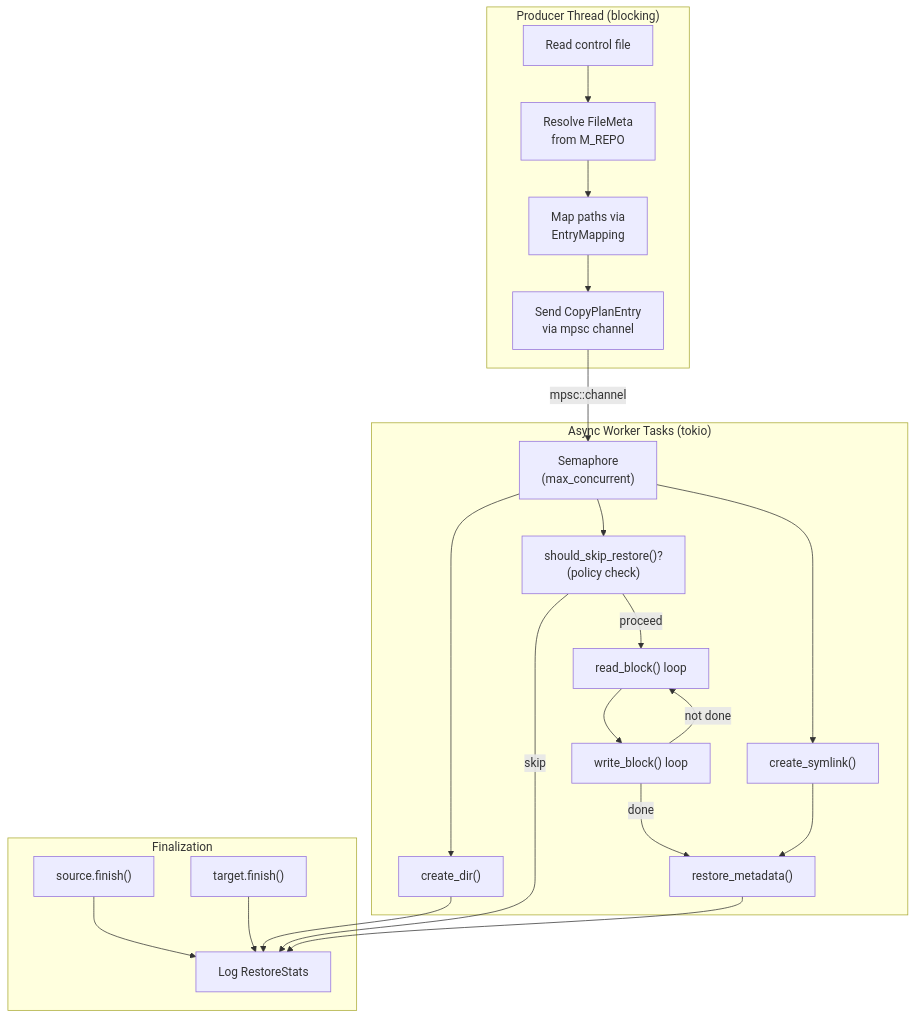
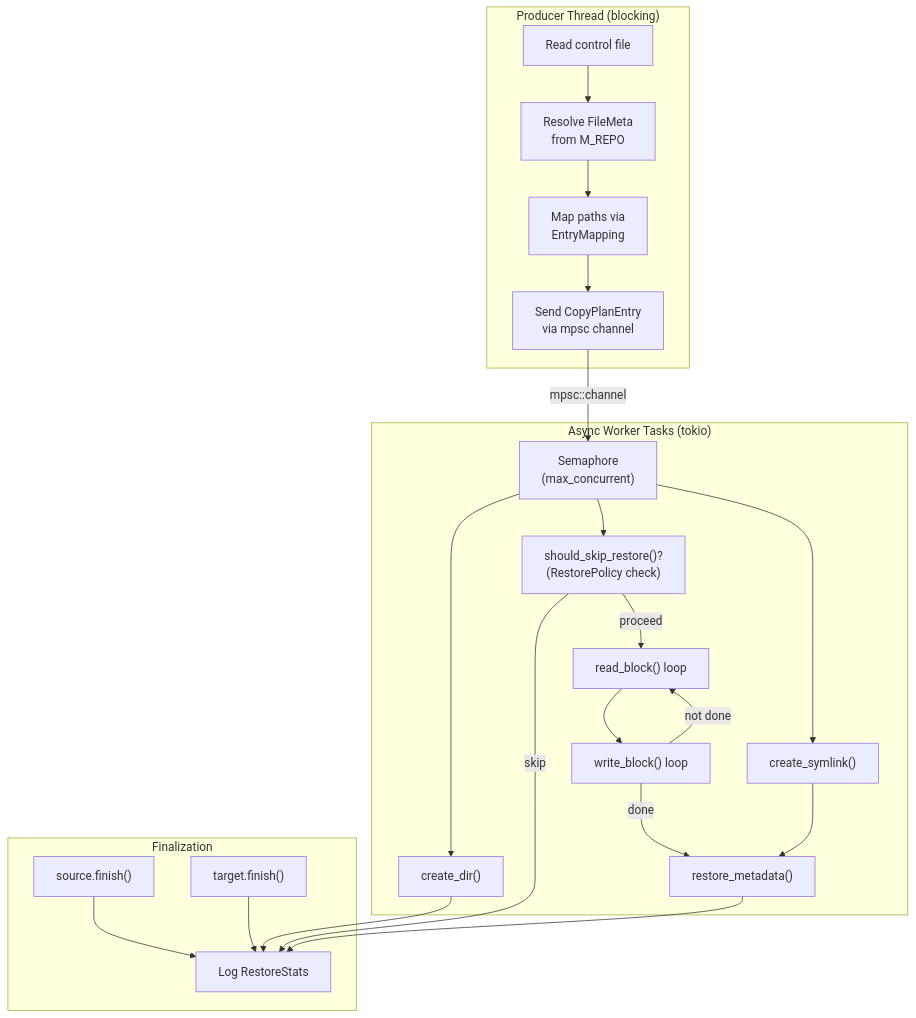
One commit to XUranus/fpt-rs changed the fifth of 8 diagrams in wiki/docs/architecture/data-flow.md. Above: the diagram before and after it, drawn with Mermaid. The commit also changed other lines of this file and 60 other files, not shown here.

First line of the commit message:
Enhance wiki: code snippets, mermaid diagrams, i18n zh-CN support

````diff
--- a/wiki/docs/architecture/data-flow.md
+++ b/wiki/docs/architecture/data-flow.md
@@ -246,41 +474,41 @@
 ```mermaid
 graph TD
     subgraph Producer["Producer Thread (blocking)"]
         CTRL_READ["Read control file"]
         META_READ["Resolve FileMeta<br/>from M_REPO"]
         ENTRY_MAP["Map paths via<br/>EntryMapping"]
         SEND["Send CopyPlanEntry<br/>via mpsc channel"]
     end
 
     subgraph Workers["Async Worker Tasks (tokio)"]
         SEM["Semaphore<br/>(max_concurrent)"]
         MKDIR["create_dir()"]
         READ_LOOP["read_block() loop"]
         WRITE_LOOP["write_block() loop"]
-        SKIP_CHECK["should_skip_restore()?<br/>(policy check)"]
+        SKIP_CHECK["should_skip_restore()?<br/>(RestorePolicy check)"]
         SYMLINK["create_symlink()"]
         METADATA["restore_metadata()"]
     end
 
     subgraph Fin["Finalization"]
         SOURCE_FIN["source.finish()"]
         TARGET_FIN["target.finish()"]
         STATS["Log RestoreStats"]
     end
 
     CTRL_READ --> META_READ --> ENTRY_MAP --> SEND
     SEND -->|"mpsc::channel"| SEM
     SEM --> MKDIR
     SEM --> SKIP_CHECK
     SKIP_CHECK -->|"skip"| STATS
     SKIP_CHECK -->|"proceed"| READ_LOOP
     READ_LOOP --> WRITE_LOOP
     WRITE_LOOP -->|"not done"| READ_LOOP
     WRITE_LOOP -->|"done"| METADATA
     SEM --> SYMLINK
     SYMLINK --> METADATA
     MKDIR --> STATS
     METADATA --> STATS
     SOURCE_FIN --> STATS
     TARGET_FIN --> STATS
 ```
````
